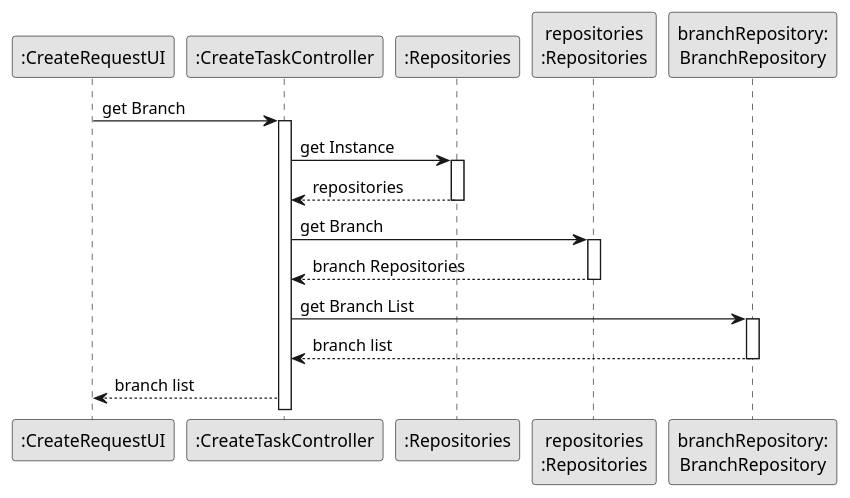
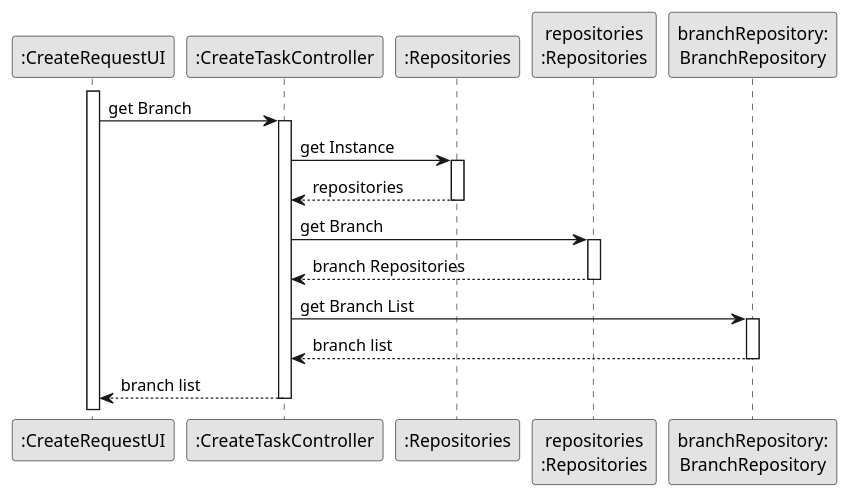
The diagram in docs/Sprint-B/US004/03.design/puml/us004-sequence-diagram-partial-get-branch.puml (Rodrick0209/ISEP-LAPR2-22-23), drawn with PlantUML before and after one commit. The commit also changed 12 other files, not shown here.

```diff
--- a/docs/Sprint-B/US004/03.design/puml/us004-sequence-diagram-partial-get-branch.puml
+++ b/docs/Sprint-B/US004/03.design/puml/us004-sequence-diagram-partial-get-branch.puml
@@ -1,29 +1,30 @@
 @startuml
 skinparam monochrome true
 skinparam packageStyle rectangle
 skinparam shadowing false
 
 participant ":CreateRequestUI" as UI
 participant ":CreateTaskController" as CTRL
 participant ":Repositories" as Rep
 participant "repositories\n:Repositories" as PLAT
 participant "branchRepository:\nBranchRepository" as BrRep
 
+activate UI
 UI -> CTRL : get Branch
     activate CTRL
     CTRL-> Rep : get Instance
     activate Rep
     Rep --> CTRL :repositories
     deactivate Rep
 
     CTRL -> PLAT : get Branch
     activate PLAT
     PLAT--> CTRL : branch Repositories
     deactivate PLAT
     CTRL -> BrRep : get Branch List
     activate BrRep
     BrRep --> CTRL : branch list
     deactivate BrRep
-    CTRL --> UI : branch list
-
+     CTRL --> UI : branch list
+    deactivate CTRL
 @enduml
```
